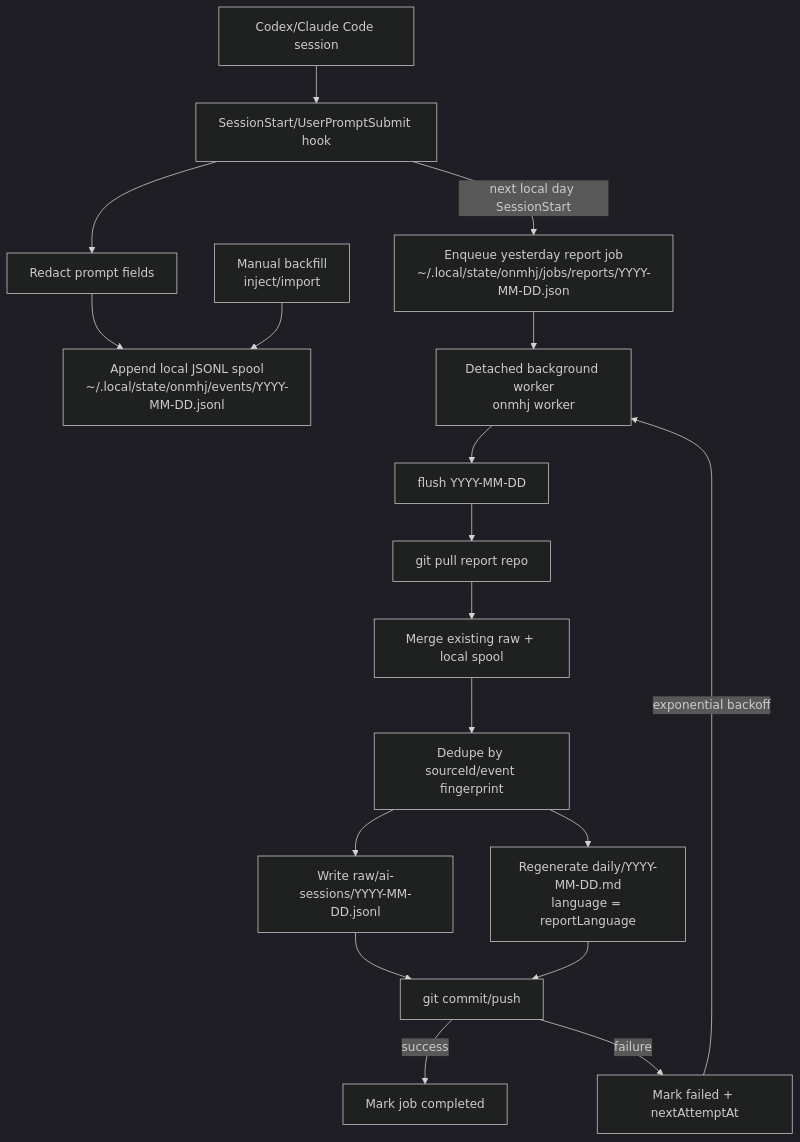
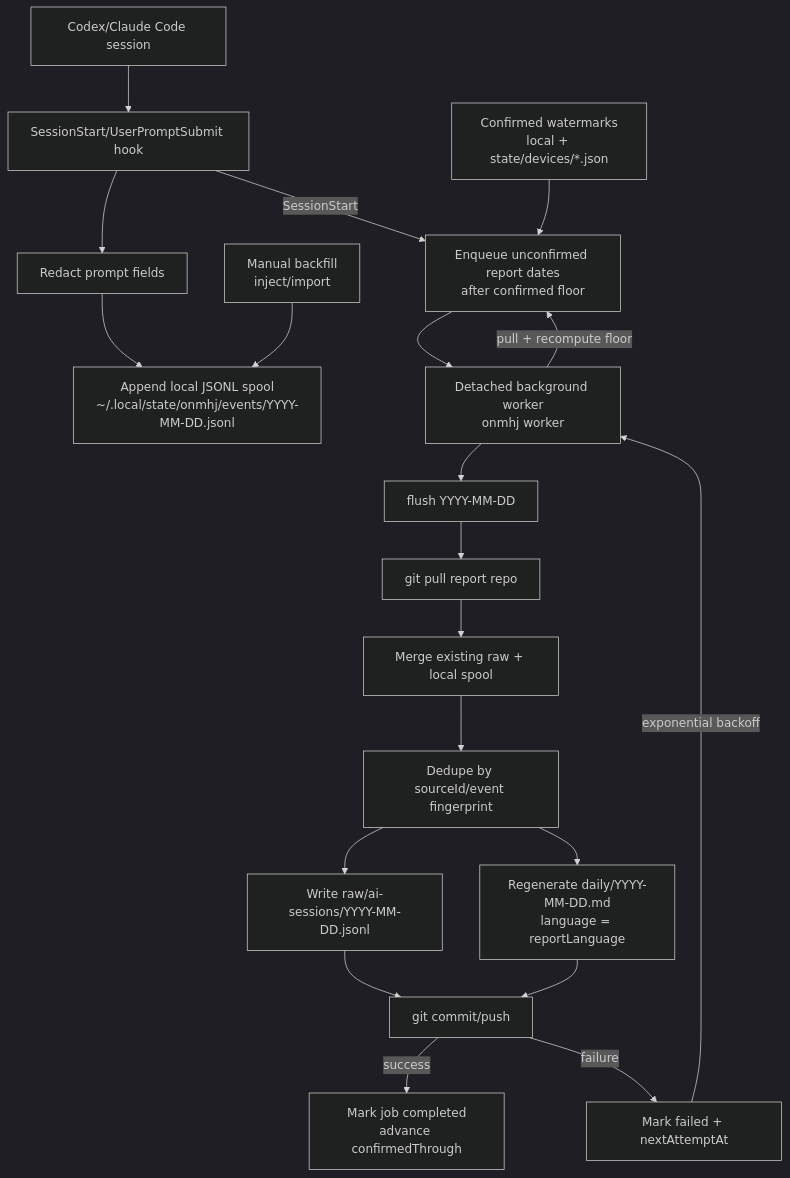
The diagram in README.md (TraceofLight/onmhj), drawn with Mermaid (dark theme) before and after one commit. The commit also changed other lines of this file and 4 other files, not shown here.

Commit message:
feat(report): track confirmed date floor

````diff
--- a/README.md
+++ b/README.md
@@ -27,21 +27,23 @@
 ```mermaid
 flowchart TD
   A[Codex/Claude Code session] --> B[SessionStart/UserPromptSubmit hook]
   B --> C[Redact prompt fields]
   C --> D[Append local JSONL spool<br/>~/.local/state/onmhj/events/YYYY-MM-DD.jsonl]
   E[Manual backfill<br/>inject/import] --> D
 
-  B -->|next local day SessionStart| F[Enqueue yesterday report job<br/>~/.local/state/onmhj/jobs/reports/YYYY-MM-DD.json]
+  Q[Confirmed watermarks<br/>local + state/devices/*.json] --> F
+  B -->|SessionStart| F[Enqueue unconfirmed report dates<br/>after confirmed floor]
   F --> G[Detached background worker<br/>onmhj worker]
+  G -->|pull + recompute floor| F
   G --> H[flush YYYY-MM-DD]
   H --> I[git pull report repo]
   I --> J[Merge existing raw + local spool]
   J --> K[Dedupe by sourceId/event fingerprint]
   K --> L[Write raw/ai-sessions/YYYY-MM-DD.jsonl]
   K --> M[Regenerate daily/YYYY-MM-DD.md<br/>language = reportLanguage]
   L --> N[git commit/push]
   M --> N
-  N -->|success| O[Mark job completed]
+  N -->|success| O[Mark job completed<br/>advance confirmedThrough]
   N -->|failure| P[Mark failed + nextAttemptAt]
   P -->|exponential backoff| G
 ```
````
